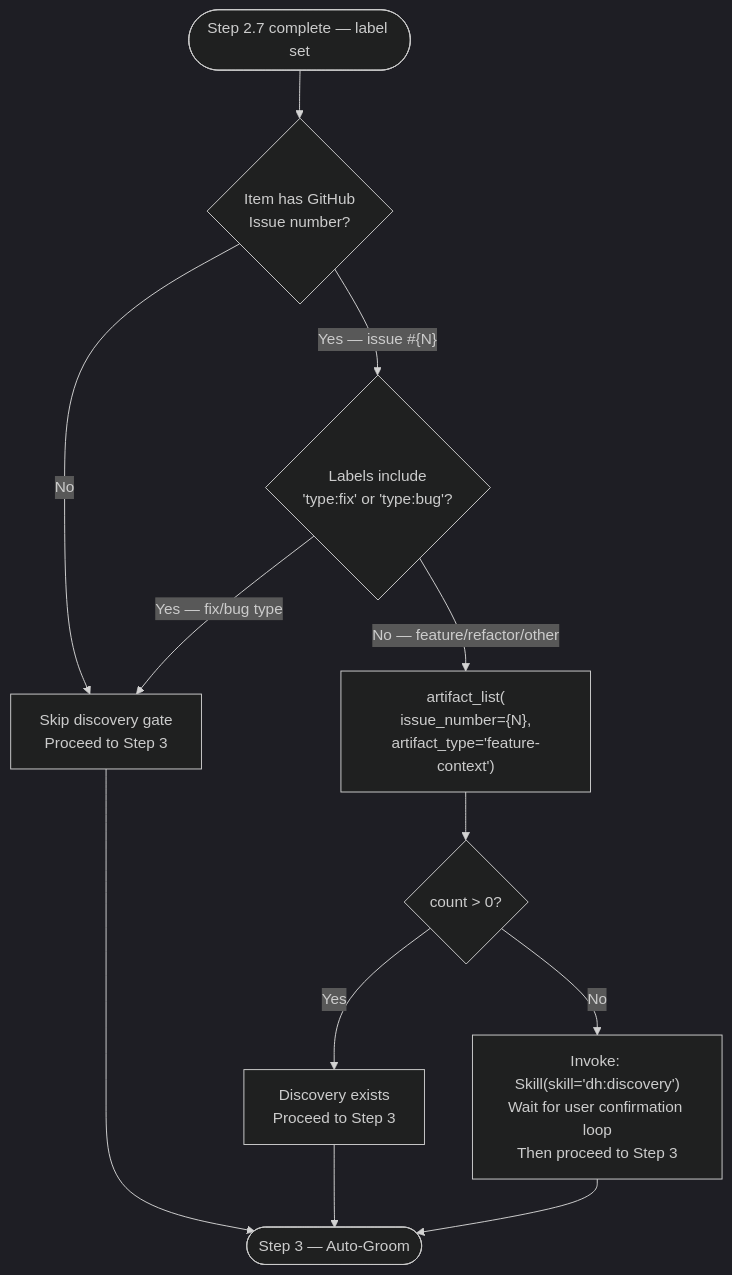
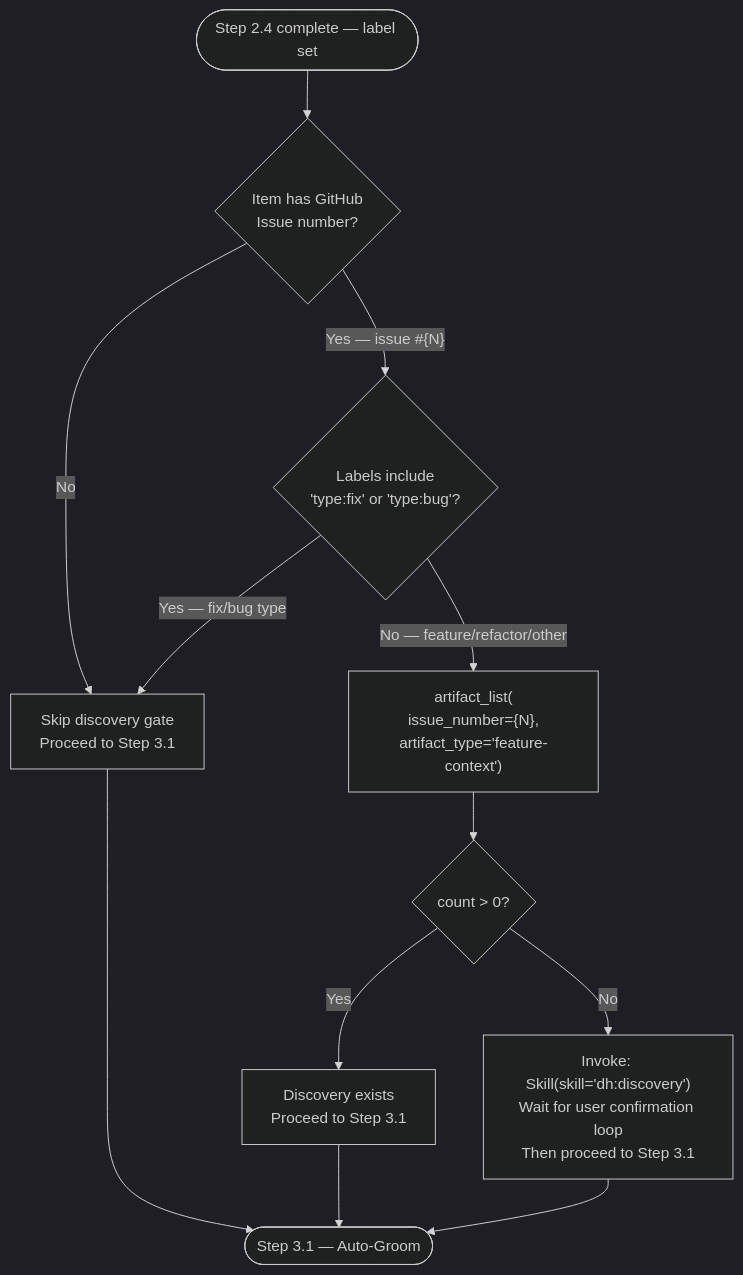
The second of 4 diagrams in plugins/development-harness/skills/work-backlog-item/SKILL.md (chgreer1070/claude_skills), drawn with Mermaid (dark theme) before and after one commit. The commit also changed other lines of this file and 2 other files, not shown here.

First line of the commit message:
feat(work-backlog-item): add feasibility gate, RT-ICA staleness policy, phase/step renumber, handoff token, lifecycle link

````diff
--- a/plugins/development-harness/skills/work-backlog-item/SKILL.md
+++ b/plugins/development-harness/skills/work-backlog-item/SKILL.md
@@ -183,14 +185,14 @@
 ```mermaid
 flowchart TD
-    InProgress([Step 2.7 complete — label set]) --> HasIssue{"Item has GitHub<br>Issue number?"}
-    HasIssue -->|"No"| SkipGate["Skip discovery gate<br>Proceed to Step 3"]
+    InProgress([Step 2.4 complete — label set]) --> HasIssue{"Item has GitHub<br>Issue number?"}
+    HasIssue -->|"No"| SkipGate["Skip discovery gate<br>Proceed to Step 3.1"]
     HasIssue -->|"Yes — issue #{N}"| TypeCheck{"Labels include<br>'type:fix' or 'type:bug'?"}
     TypeCheck -->|"Yes — fix/bug type"| SkipGate
     TypeCheck -->|"No — feature/refactor/other"| CheckArtifact["artifact_list(<br>issue_number={N},<br>artifact_type='feature-context')"]
     CheckArtifact --> HasDiscovery{"count > 0?"}
-    HasDiscovery -->|"Yes"| Proceed["Discovery exists<br>Proceed to Step 3"]
-    HasDiscovery -->|"No"| InvokeDiscovery["Invoke: Skill(skill='dh:discovery')<br>Wait for user confirmation loop<br>Then proceed to Step 3"]
-    SkipGate --> Continue([Step 3 — Auto-Groom])
+    HasDiscovery -->|"Yes"| Proceed["Discovery exists<br>Proceed to Step 3.1"]
+    HasDiscovery -->|"No"| InvokeDiscovery["Invoke: Skill(skill='dh:discovery')<br>Wait for user confirmation loop<br>Then proceed to Step 3.1"]
+    SkipGate --> Continue([Step 3.1 — Auto-Groom])
     Proceed --> Continue
     InvokeDiscovery --> Continue
 ```
````
